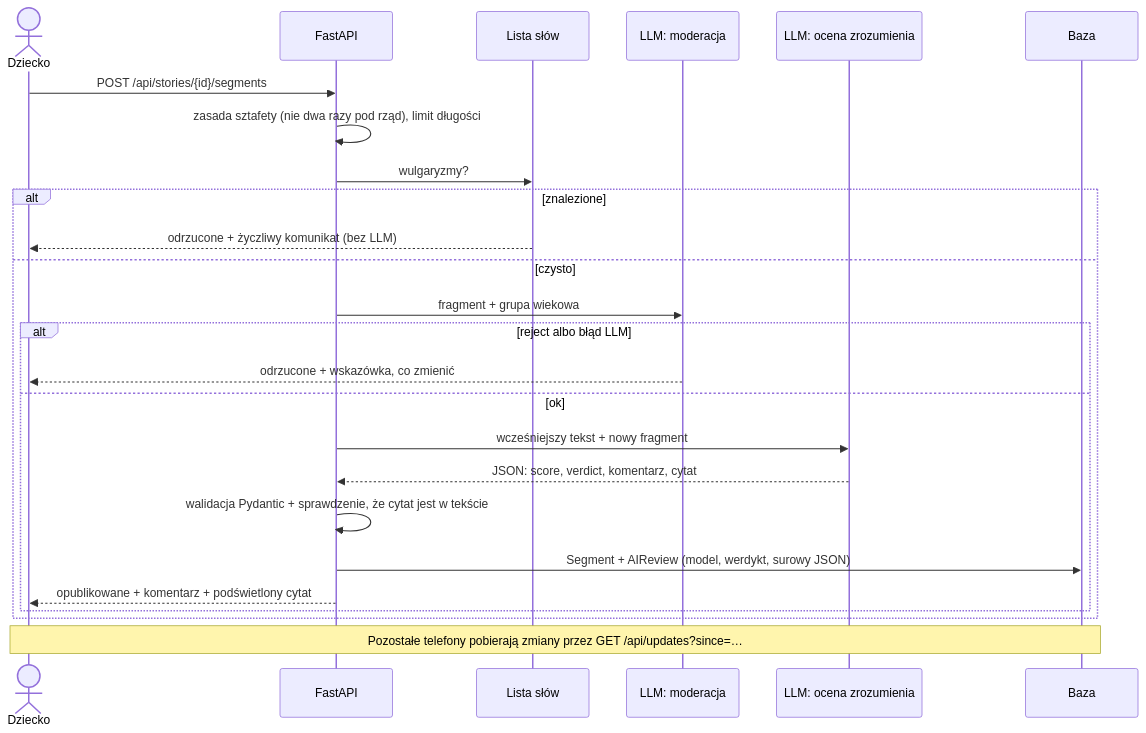
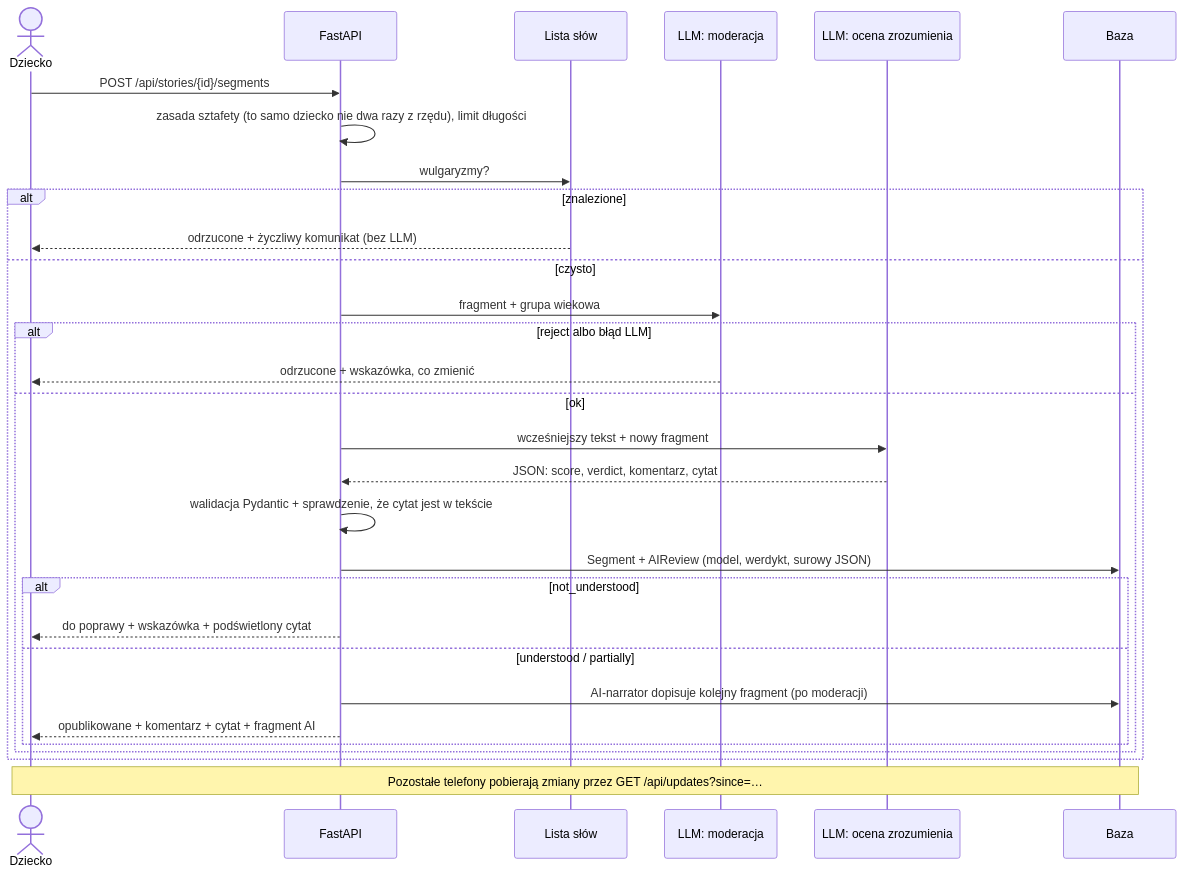
Before and after one commit to Drop-the-Base/dezanalfabetyzator: the second of 2 diagrams in README.md, drawn with Mermaid. The commit also changed other lines of this file and 13 other files, not shown here.

First line of the commit message:
Historia przeplata się AI → dziecko → AI; fragment „nie łączy się” wraca do poprawy

````diff
--- a/README.md
+++ b/README.md
@@ -60,27 +60,32 @@
 ```mermaid
 sequenceDiagram
     actor D as Dziecko
     participant API as FastAPI
     participant W as Lista słów
     participant M as LLM: moderacja
     participant C as LLM: ocena zrozumienia
     participant DB as Baza
     D->>API: POST /api/stories/{id}/segments
-    API->>API: zasada sztafety (nie dwa razy pod rząd), limit długości
+    API->>API: zasada sztafety (to samo dziecko nie dwa razy z rzędu), limit długości
     API->>W: wulgaryzmy?
     alt znalezione
         W-->>D: odrzucone + życzliwy komunikat (bez LLM)
     else czysto
         API->>M: fragment + grupa wiekowa
         alt reject albo błąd LLM
             M-->>D: odrzucone + wskazówka, co zmienić
         else ok
             API->>C: wcześniejszy tekst + nowy fragment
             C-->>API: JSON: score, verdict, komentarz, cytat
             API->>API: walidacja Pydantic + sprawdzenie, że cytat jest w tekście
             API->>DB: Segment + AIReview (model, werdykt, surowy JSON)
-            API-->>D: opublikowane + komentarz + podświetlony cytat
+            alt not_understood
+                API-->>D: do poprawy + wskazówka + podświetlony cytat
+            else understood / partially
+                API->>DB: AI-narrator dopisuje kolejny fragment (po moderacji)
+                API-->>D: opublikowane + komentarz + cytat + fragment AI
+            end
         end
     end
     Note over D,DB: Pozostałe telefony pobierają zmiany przez GET /api/updates?since=…
 ```
````
